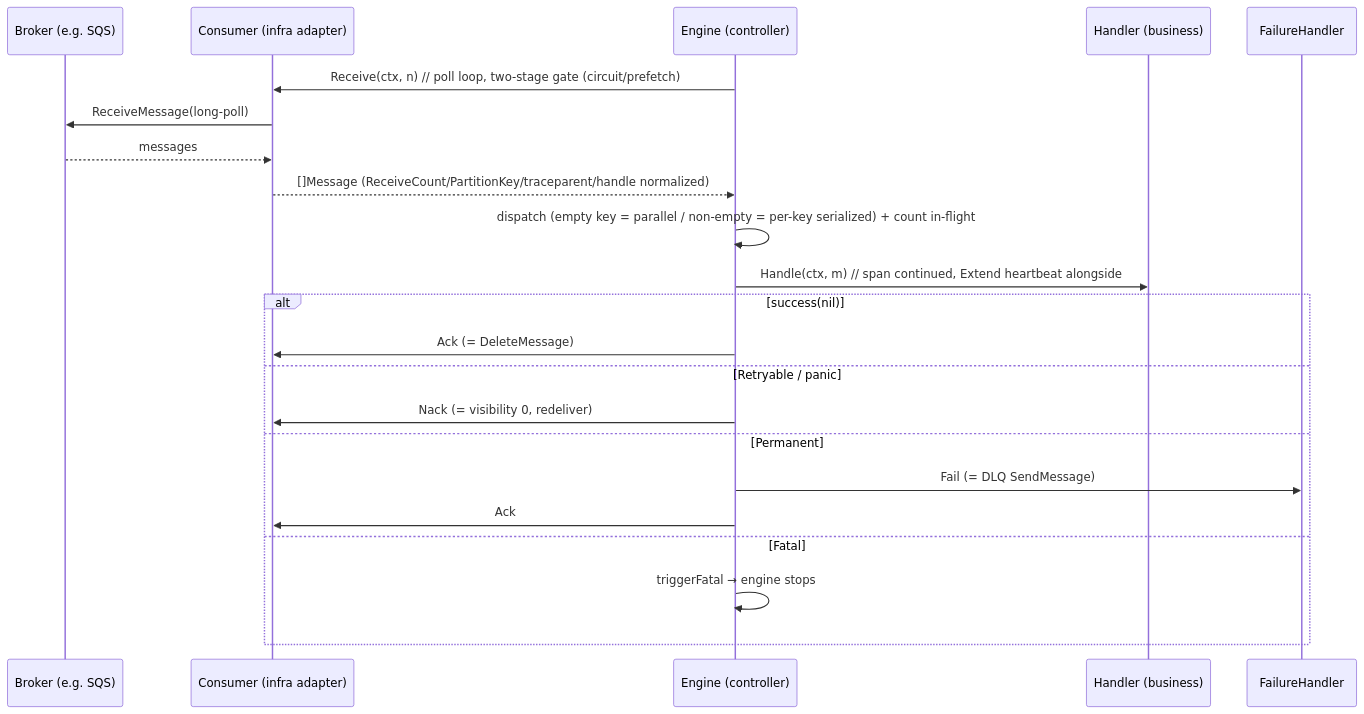
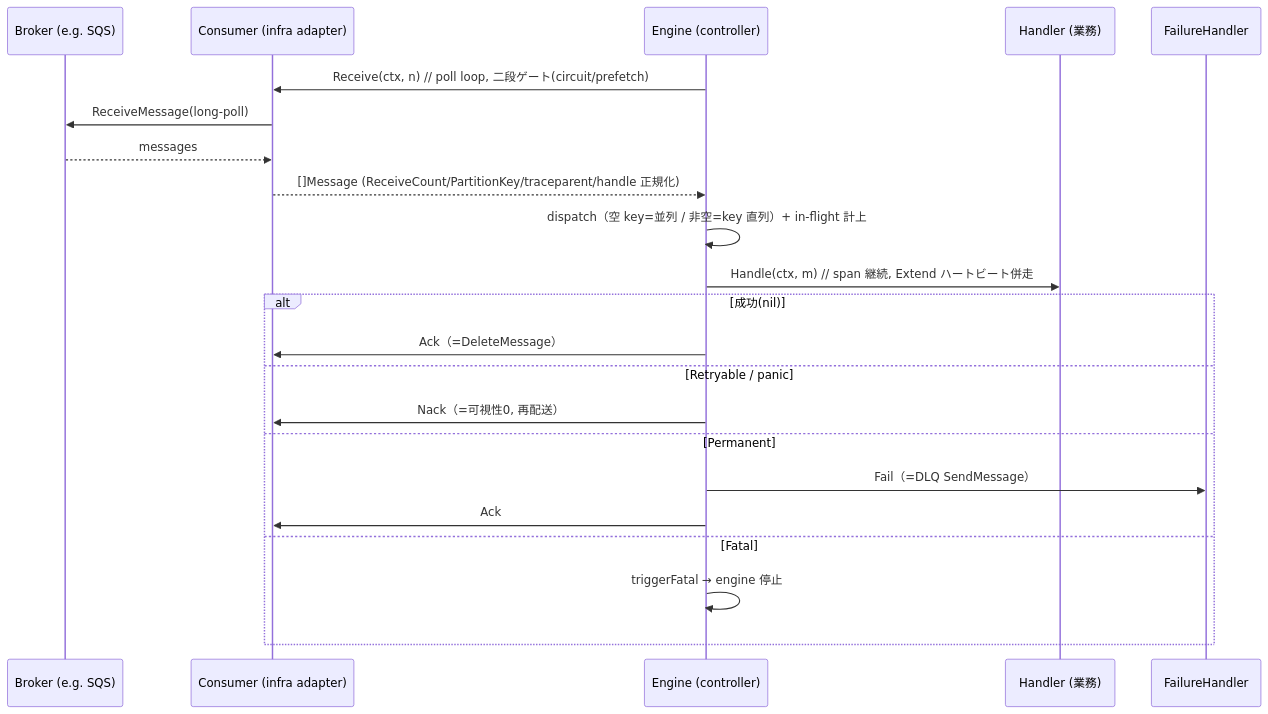
One commit to Tomy-ch/go-boilerplate changed the fifth of 6 diagrams in docs/design/worker.md. Above: the diagram before and after it, drawn with Mermaid. The commit also changed other lines of this file and 970 other files, not shown here.

````diff
--- a/docs/design/worker.md
+++ b/docs/design/worker.md
@@ -166,24 +167,24 @@
 ```mermaid
 sequenceDiagram
     participant Q as Broker (e.g. SQS)
     participant C as Consumer (infra adapter)
     participant E as Engine (controller)
-    participant H as Handler (business)
+    participant H as Handler (業務)
     participant F as FailureHandler
-    E->>C: Receive(ctx, n)  // poll loop, two-stage gate (circuit/prefetch)
+    E->>C: Receive(ctx, n)  // poll loop, 二段ゲート(circuit/prefetch)
     C->>Q: ReceiveMessage(long-poll)
     Q-->>C: messages
-    C-->>E: []Message (ReceiveCount/PartitionKey/traceparent/handle normalized)
-    E->>E: dispatch (empty key = parallel / non-empty = per-key serialized) + count in-flight
-    E->>H: Handle(ctx, m)  // span continued, Extend heartbeat alongside
-    alt success(nil)
-        E->>C: Ack (= DeleteMessage)
+    C-->>E: []Message (ReceiveCount/PartitionKey/traceparent/handle 正規化)
+    E->>E: dispatch（空 key=並列 / 非空=key 直列）+ in-flight 計上
+    E->>H: Handle(ctx, m)  // span 継続, Extend ハートビート併走
+    alt 成功(nil)
+        E->>C: Ack（=DeleteMessage）
     else Retryable / panic
-        E->>C: Nack (= visibility 0, redeliver)
+        E->>C: Nack（=可視性0, 再配送）
     else Permanent
-        E->>F: Fail (= DLQ SendMessage)
+        E->>F: Fail（=DLQ SendMessage）
         E->>C: Ack
     else Fatal
-        E->>E: triggerFatal → engine stops
+        E->>E: triggerFatal → engine 停止
     end
 ```
````
